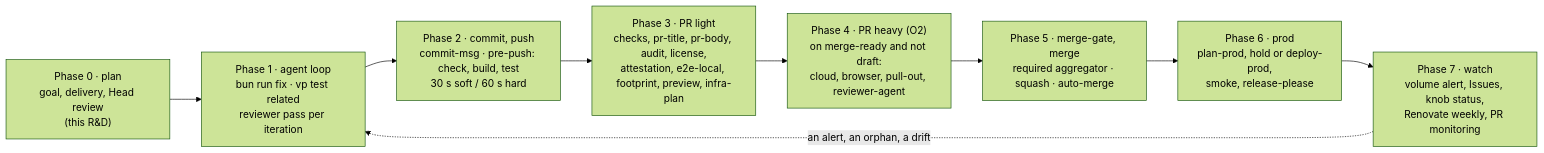
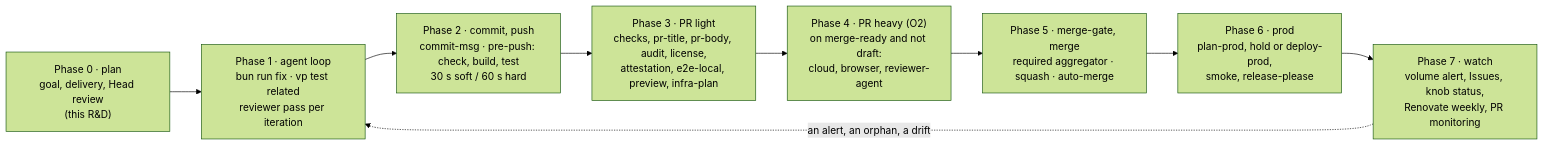
One commit to aidenzepp/cf-template changed the seventh of 7 diagrams in docs/architecture.md. Above: the diagram before and after it, drawn with Mermaid (forest theme). The commit also changed other lines of this file and 48 other files, not shown here.

````diff
--- a/docs/architecture.md
+++ b/docs/architecture.md
@@ -575,13 +575,13 @@
 ```mermaid
 flowchart LR
   P0["Phase 0 · plan<br/>goal, delivery, Head review<br/>(this R&amp;D)"]
   P1["Phase 1 · agent loop<br/>bun run fix · vp test related<br/>reviewer pass per iteration"]
   P2["Phase 2 · commit, push<br/>commit-msg · pre-push: check, build, test<br/>30 s soft / 60 s hard"]
-  P3["Phase 3 · PR light<br/>checks, pr-title, pr-body, audit, license,<br/>attestation, e2e-local, footprint, preview, infra-plan"]
-  P4["Phase 4 · PR heavy (O2)<br/>on merge-ready and not draft:<br/>cloud, browser, pull-out, reviewer-agent"]
+  P3["Phase 3 · PR light<br/>checks, pr-title, pr-body, audit, license,<br/>attestation, e2e-local, preview, infra-plan"]
+  P4["Phase 4 · PR heavy (O2)<br/>on merge-ready and not draft:<br/>cloud, browser, reviewer-agent"]
   P5["Phase 5 · merge-gate, merge<br/>required aggregator · squash · auto-merge"]
   P6["Phase 6 · prod<br/>plan-prod, hold or deploy-prod,<br/>smoke, release-please"]
   P7["Phase 7 · watch<br/>volume alert, Issues, knob status,<br/>Renovate weekly, PR monitoring"]
   P0 --> P1 --> P2 --> P3 --> P4 --> P5 --> P6 --> P7
   P7 -. "an alert, an orphan, a drift" .-> P1
 ```
````
